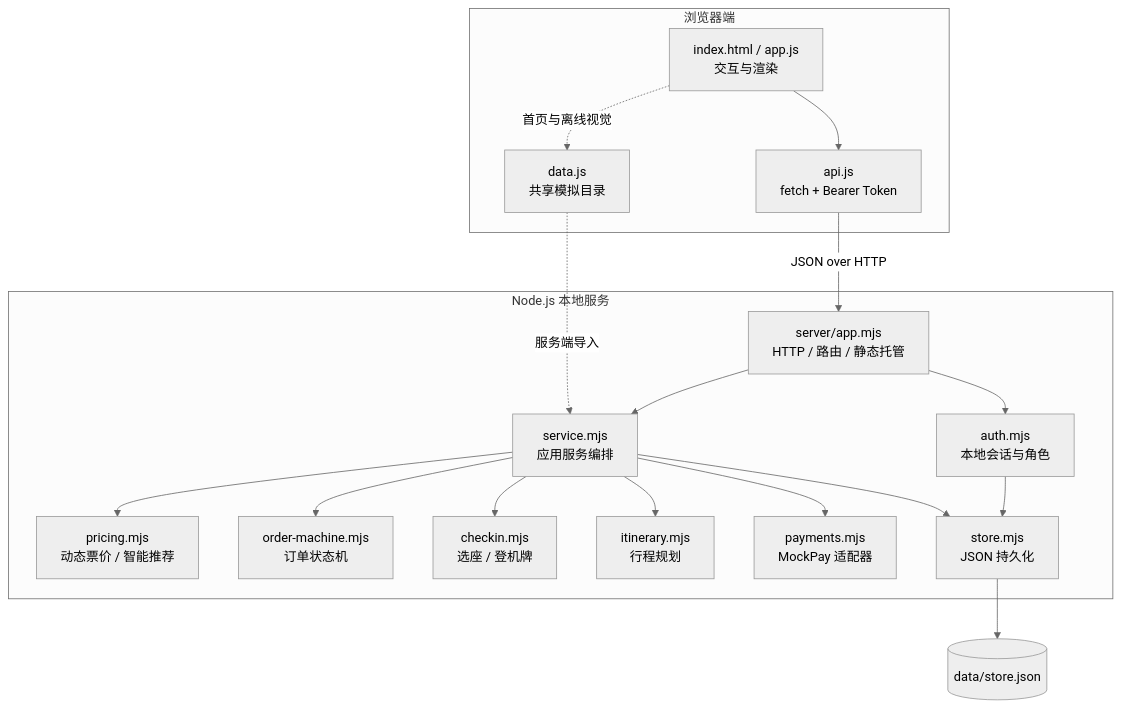
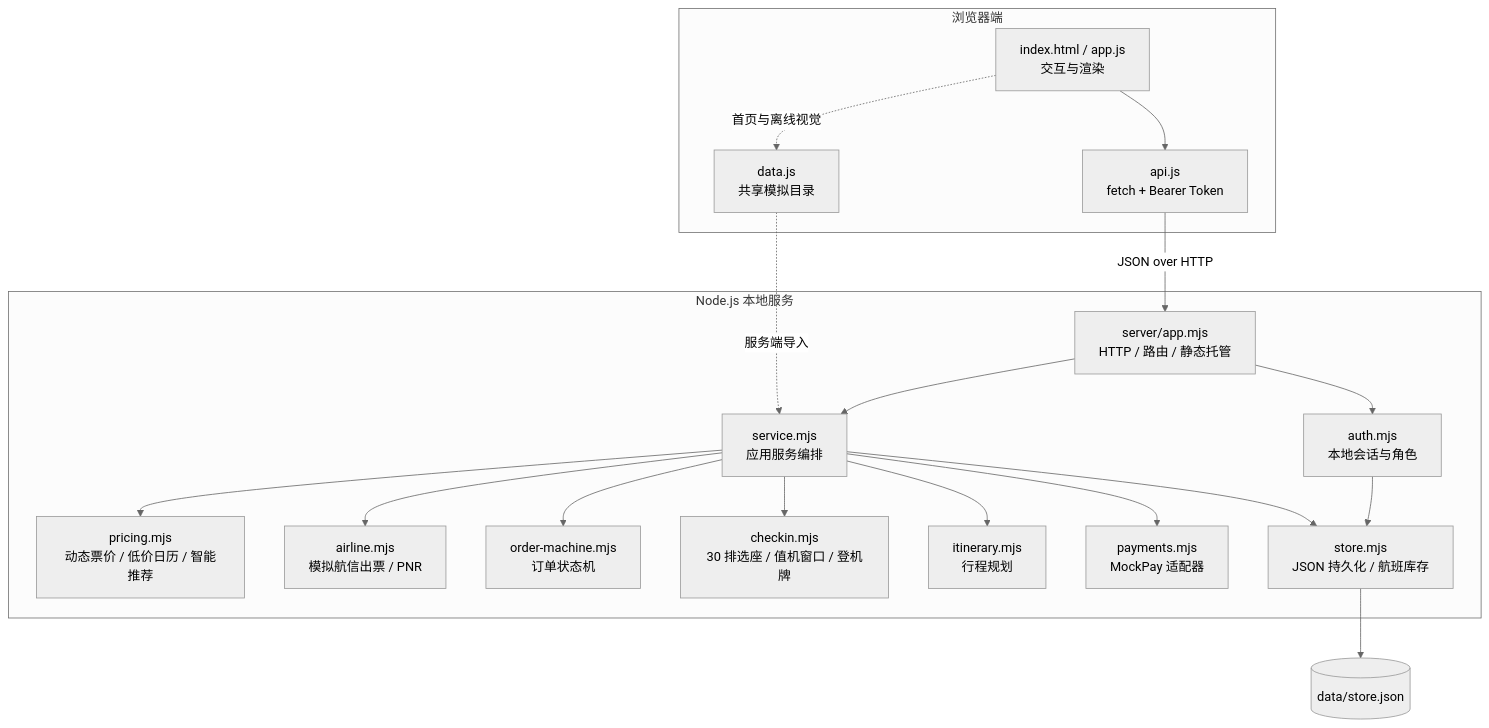
The second of 6 diagrams in docs/design.md (lonelyhty/hebut-xiecheng-se24), drawn with Mermaid (neutral theme) before and after one commit. The commit also changed other lines of this file and 24 other files, not shown here.

````diff
--- a/docs/design.md
+++ b/docs/design.md
@@ -61,34 +61,36 @@
 ```mermaid
 flowchart TB
   subgraph Browser[浏览器端]
     UI["index.html / app.js<br/>交互与渲染"]
     API_CLIENT["api.js<br/>fetch + Bearer Token"]
     SHARED["data.js<br/>共享模拟目录"]
   end
   subgraph NodeServer[Node.js 本地服务]
     HTTP["server/app.mjs<br/>HTTP / 路由 / 静态托管"]
     AUTH["auth.mjs<br/>本地会话与角色"]
     SERVICE["service.mjs<br/>应用服务编排"]
-    PRICING["pricing.mjs<br/>动态票价 / 智能推荐"]
+    PRICING["pricing.mjs<br/>动态票价 / 低价日历 / 智能推荐"]
+    AIRLINE["airline.mjs<br/>模拟航信出票 / PNR"]
     ORDER["order-machine.mjs<br/>订单状态机"]
-    CHECKIN["checkin.mjs<br/>选座 / 登机牌"]
+    CHECKIN["checkin.mjs<br/>30 排选座 / 值机窗口 / 登机牌"]
     ITIN["itinerary.mjs<br/>行程规划"]
     PAYMENT["payments.mjs<br/>MockPay 适配器"]
-    STORE["store.mjs<br/>JSON 持久化"]
+    STORE["store.mjs<br/>JSON 持久化 / 航班库存"]
   end
   DATA[("data/store.json")]
   UI --> API_CLIENT
   API_CLIENT -->|"JSON over HTTP"| HTTP
   HTTP --> AUTH
   HTTP --> SERVICE
   SERVICE --> PRICING
+  SERVICE --> AIRLINE
   SERVICE --> ORDER
   SERVICE --> CHECKIN
   SERVICE --> ITIN
   SERVICE --> PAYMENT
   AUTH --> STORE
   SERVICE --> STORE
   STORE --> DATA
   SHARED -. 服务端导入 .-> SERVICE
   UI -. 首页与离线视觉 .-> SHARED
 ```
````
